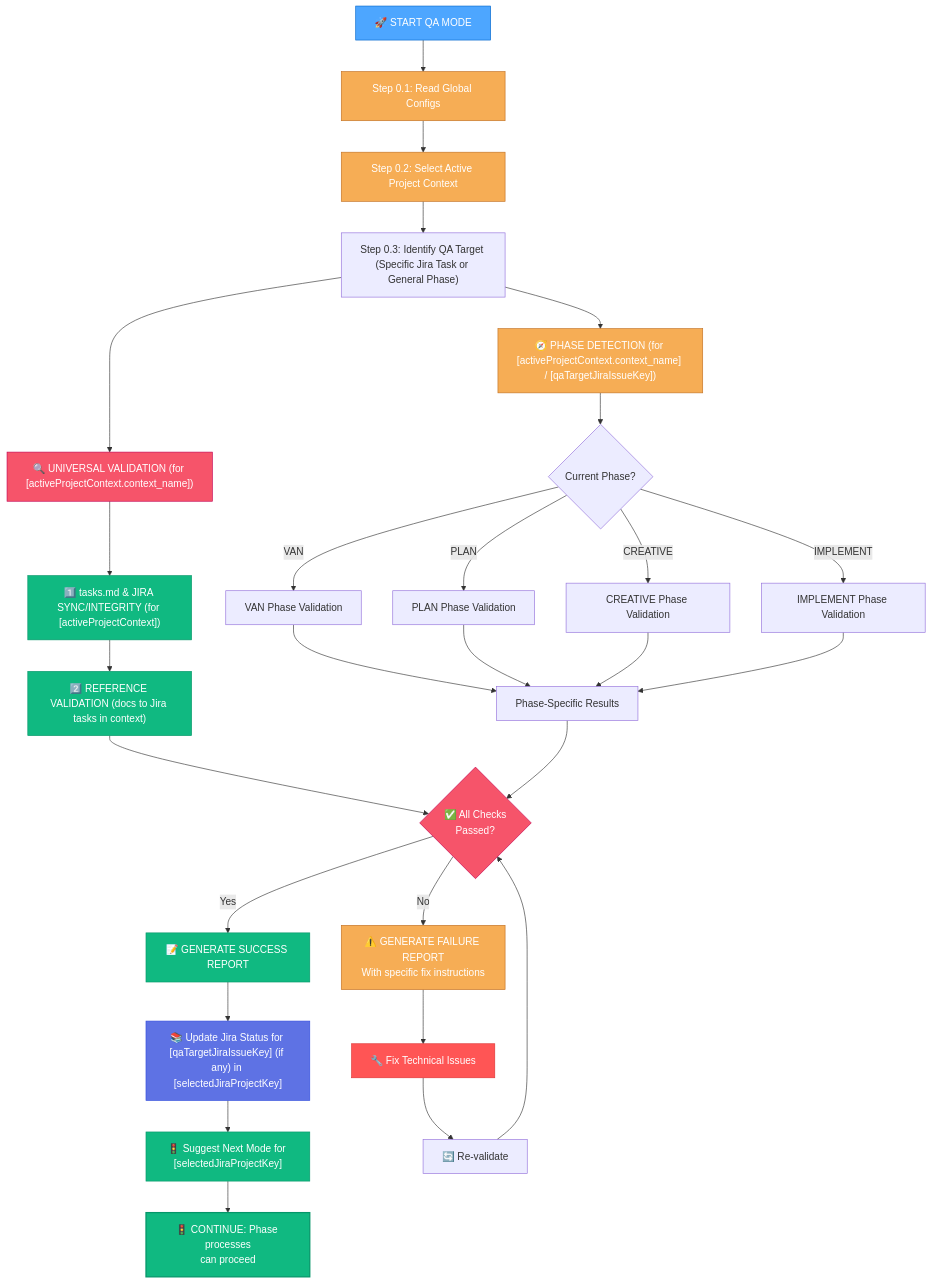
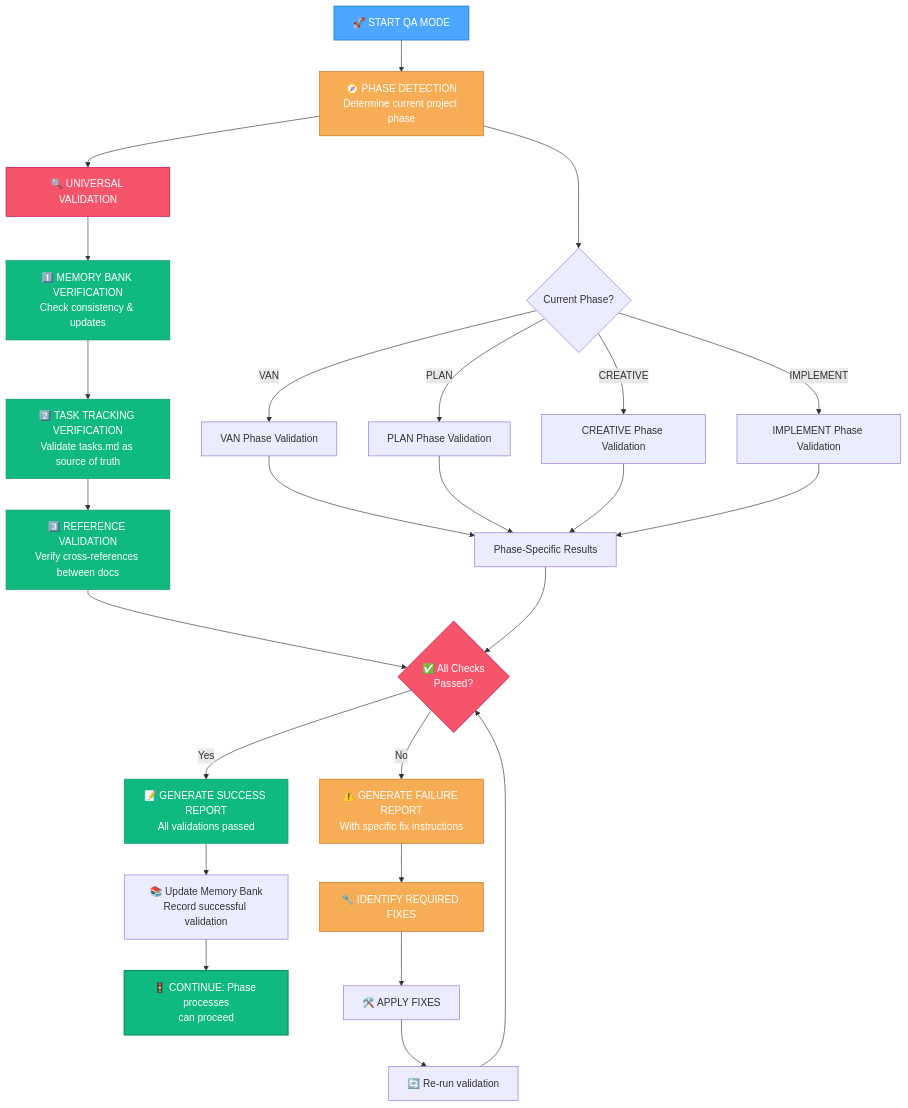
Before and after one commit to ms-moar/cursor-tools: the first of 10 diagrams in .cursor/rules/isolation_rules/visual-maps/qa-mode-map.mdc, drawn with Mermaid. The commit also changed other lines of this file and 36 other files, not shown here.

````diff
--- a/.cursor/rules/isolation_rules/visual-maps/qa-mode-map.mdc
+++ b/.cursor/rules/isolation_rules/visual-maps/qa-mode-map.mdc
@@ -12,59 +12,48 @@
 ```mermaid
 graph TD
-    Start["🚀 START QA MODE"] --> ReadGlobalConfig["Step 0.1: Read Global Configs"]
-    ReadGlobalConfig --> SelectActiveContext["Step 0.2: Select Active Project Context"]
-    SelectActiveContext --> IdentifyTarget["Step 0.3: Identify QA Target (Specific Jira Task or General Phase)"]
-    
-    IdentifyTarget --> DetectPhase["🧭 PHASE DETECTION (for [activeProjectContext.context_name] / [qaTargetJiraIssueKey])"]
+    Start["🚀 START QA MODE"] --> DetectPhase["🧭 PHASE DETECTION<br>Determine current project phase"]
     
     %% Phase detection decision path
     DetectPhase --> PhaseDetermination{"Current Phase?"}
     PhaseDetermination -->|"VAN"| VANChecks["VAN Phase Validation"]
     PhaseDetermination -->|"PLAN"| PLANChecks["PLAN Phase Validation"]
     PhaseDetermination -->|"CREATIVE"| CREATIVEChecks["CREATIVE Phase Validation"] 
     PhaseDetermination -->|"IMPLEMENT"| IMPLEMENTChecks["IMPLEMENT Phase Validation"]
     
-    %% Universal checks adapted for context and tasks.md
-    IdentifyTarget --> UniversalChecks["🔍 UNIVERSAL VALIDATION (for [activeProjectContext.context_name])"]
-    UniversalChecks --> TasksMDJiraSync["1️⃣ tasks.md & JIRA SYNC/INTEGRITY (for [activeProjectContext])"]
-    TasksMDJiraSync --> ReferenceCheck["2️⃣ REFERENCE VALIDATION (docs to Jira tasks in context)"]
+    %% Universal checks that apply to all phases
+    DetectPhase --> UniversalChecks["🔍 UNIVERSAL VALIDATION"]
+    UniversalChecks --> MemoryBankCheck["1️⃣ MEMORY BANK VERIFICATION<br>Check consistency & updates"]
+    MemoryBankCheck --> TaskTrackingCheck["2️⃣ TASK TRACKING VERIFICATION<br>Validate tasks.md as source of truth"]
+    TaskTrackingCheck --> ReferenceCheck["3️⃣ REFERENCE VALIDATION<br>Verify cross-references between docs"]
     
     %% Phase-specific validations feed into comprehensive report
     VANChecks & PLANChecks & CREATIVEChecks & IMPLEMENTChecks --> PhaseSpecificResults["Phase-Specific Results"]
     ReferenceCheck & PhaseSpecificResults --> ValidationResults{"✅ All Checks<br>Passed?"}
     
     %% Results Processing
-    ValidationResults -->|"Yes"| SuccessReport["📝 GENERATE SUCCESS REPORT"]
-
-    %% JIRA INTEGRATION START (using selected context)
-    SuccessReport --> UpdateJiraStatus["📚 Update Jira Status for [qaTargetJiraIssueKey] (if any) in [selectedJiraProjectKey]"]
-    UpdateJiraStatus --> SuggestNextMode["🚦 Suggest Next Mode for [selectedJiraProjectKey]"]
-    %% JIRA INTEGRATION END
-
+    ValidationResults -->|"Yes"| SuccessReport["📝 GENERATE SUCCESS REPORT<br>All validations passed"]
     ValidationResults -->|"No"| FailureReport["⚠️ GENERATE FAILURE REPORT<br>With specific fix instructions"]
     
     %% Success Path
-    SuggestNextMode --> ContinueProcess["🚦 CONTINUE: Phase processes<br>can proceed"]
+    SuccessReport --> UpdateMB["📚 Update Memory Bank<br>Record successful validation"]
+    UpdateMB --> ContinueProcess["🚦 CONTINUE: Phase processes<br>can proceed"]
     
     %% Failure Path
-    FailureReport --> FixIssues["🔧 Fix Technical Issues"]
-    FixIssues --> ReValidate["🔄 Re-validate"]
-    ReValidate --> ValidationResults
+    FailureReport --> IdentifyFixes["🔧 IDENTIFY REQUIRED FIXES"]
+    IdentifyFixes --> ApplyFixes["🛠️ APPLY FIXES"]
+    ApplyFixes --> Revalidate["🔄 Re-run validation"]
+    Revalidate --> ValidationResults
     
     %% Style nodes for clarity
     style Start fill:#4da6ff,stroke:#0066cc,color:white
-    style ReadGlobalConfig fill:#f6ad55,stroke:#c27022,color:white
-    style SelectActiveContext fill:#f6ad55,stroke:#c27022,color:white
     style DetectPhase fill:#f6ad55,stroke:#c27022,color:white
     style UniversalChecks fill:#f6546a,stroke:#c30052,color:white
-    style TasksMDJiraSync fill:#10b981,stroke:#059669,color:white
+    style MemoryBankCheck fill:#10b981,stroke:#059669,color:white
+    style TaskTrackingCheck fill:#10b981,stroke:#059669,color:white
     style ReferenceCheck fill:#10b981,stroke:#059669,color:white
     style ValidationResults fill:#f6546a,stroke:#c30052,color:white
     style SuccessReport fill:#10b981,stroke:#059669,color:white
     style FailureReport fill:#f6ad55,stroke:#c27022,color:white
     style ContinueProcess fill:#10b981,stroke:#059669,color:white,stroke-width:2px
-    style FixIssues fill:#ff5555,stroke:#dd3333,color:white
-    %% JIRA Node Styles
-    style UpdateJiraStatus fill:#5e72e4,stroke:#324cdd,color:white
-    style SuggestNextMode fill:#10b981,stroke:#059669,color:white
+    style IdentifyFixes fill:#f6ad55,stroke:#c27022,color:white
 ```
````
